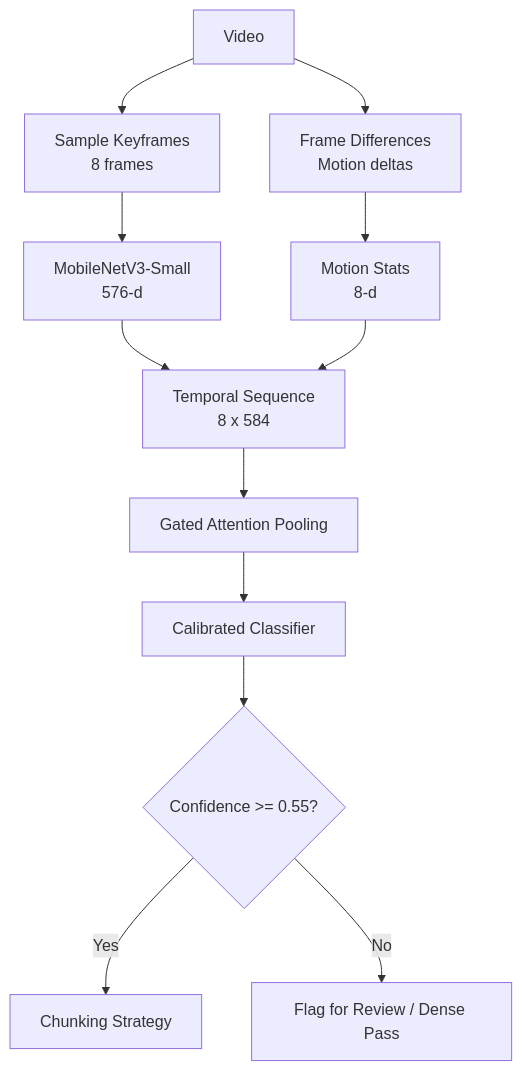
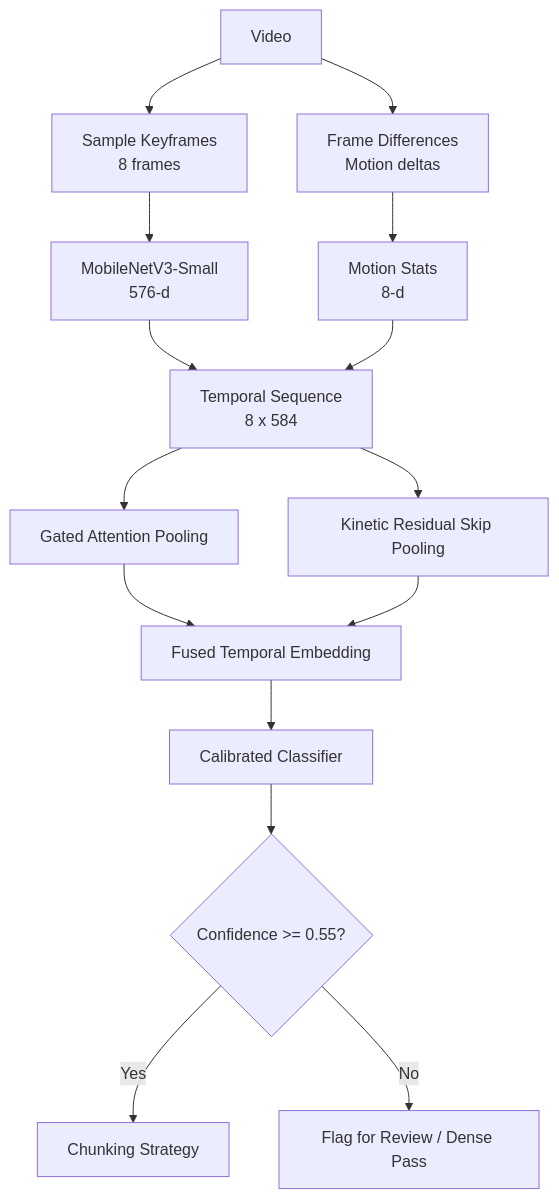
One commit to harsh2b/problem-1-1-video-classifier changed the diagram in docs/README.md. Above: the diagram before and after it, drawn with Mermaid. The commit also changed other lines of this file and 8 other files, not shown here.

Commit message:
feat: enhance kinetic gated attention classifier to 0.806 Macro-F1 and update docs

````diff
--- a/docs/README.md
+++ b/docs/README.md
@@ -15,18 +15,21 @@
 ```mermaid
 flowchart TD
     A[Video] --> B[Sample Keyframes<br/>8 frames]
     A --> C[Frame Differences<br/>Motion deltas]
     
     B --> D[MobileNetV3-Small<br/>576-d]
     C --> E[Motion Stats<br/>8-d]
     
     D --> F[Temporal Sequence<br/>8 x 584]
     E --> F
     
     F --> G[Gated Attention Pooling]
-    G --> H[Calibrated Classifier]
+    F --> H[Kinetic Residual Skip Pooling]
+    G --> I[Fused Temporal Embedding]
+    H --> I
+    I --> J[Calibrated Classifier]
     
-    H --> I{Confidence >= 0.55?}
-    I -- Yes --> J[Chunking Strategy]
-    I -- No --> K[Flag for Review / Dense Pass]
+    J --> K{Confidence >= 0.55?}
+    K -- Yes --> L[Chunking Strategy]
+    K -- No --> M[Flag for Review / Dense Pass]
 ```
````
